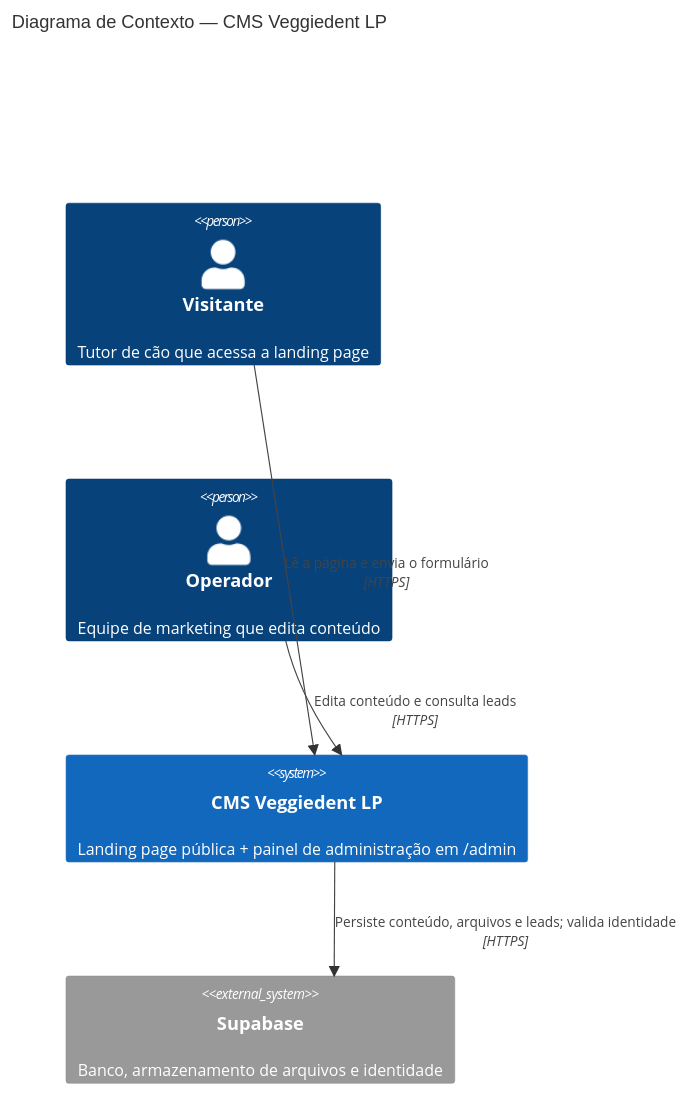
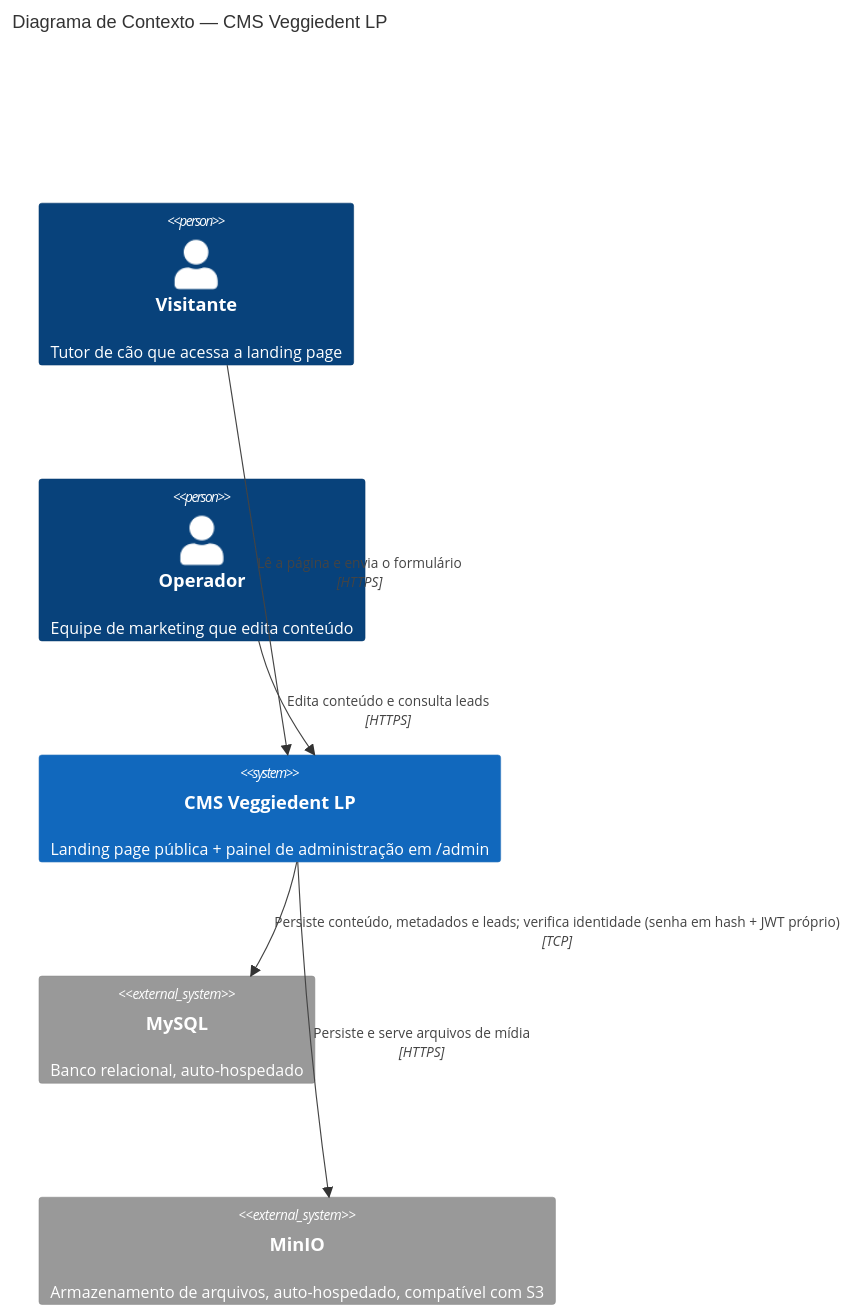
Before and after one commit to aiOpsDuo/veggiedent-lp: the first of 2 diagrams in agent_context/SDD.md, drawn with Mermaid. The commit also changed other lines of this file and 3 other files, not shown here.

First line of the commit message:
chore(agent_context): registra a troca de Supabase por MySQL + MinIO

````diff
--- a/agent_context/SDD.md
+++ b/agent_context/SDD.md
@@ -149,11 +157,13 @@
 ```mermaid
 C4Context
   title Diagrama de Contexto — CMS Veggiedent LP
   Person(visitante, "Visitante", "Tutor de cão que acessa a landing page")
   Person(operador, "Operador", "Equipe de marketing que edita conteúdo")
   System(cms, "CMS Veggiedent LP", "Landing page pública + painel de administração em /admin")
-  System_Ext(supabase, "Supabase", "Banco, armazenamento de arquivos e identidade")
+  System_Ext(mysql, "MySQL", "Banco relacional, auto-hospedado")
+  System_Ext(minio, "MinIO", "Armazenamento de arquivos, auto-hospedado, compatível com S3")
   Rel(visitante, cms, "Lê a página e envia o formulário", "HTTPS")
   Rel(operador, cms, "Edita conteúdo e consulta leads", "HTTPS")
-  Rel(cms, supabase, "Persiste conteúdo, arquivos e leads; valida identidade", "HTTPS")
+  Rel(cms, mysql, "Persiste conteúdo, metadados e leads; verifica identidade (senha em hash + JWT próprio)", "TCP")
+  Rel(cms, minio, "Persiste e serve arquivos de mídia", "HTTPS")
 ```
````
